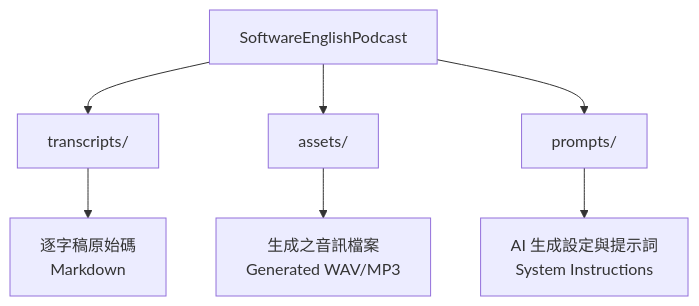
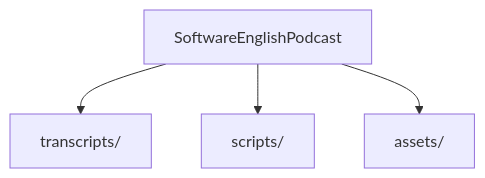
The diagram in README.md (CloudyWing/software-english-podcast), drawn with Mermaid before and after one commit. The commit also changed other lines of this file and 126 other files, not shown here.

````diff
--- a/README.md
+++ b/README.md
@@ -11,10 +31,6 @@
 ```mermaid
 graph TD
     Root[SoftwareEnglishPodcast] --> Transcripts[transcripts/]
+    Root --> Scripts[scripts/]
     Root --> Assets[assets/]
-    Root --> Prompts[prompts/]
-    
-    Transcripts --> T_Desc[逐字稿原始碼 <br> Markdown]
-    Assets --> A_Desc[生成之音訊檔案 <br> Generated WAV/MP3]
-    Prompts --> P_Desc[AI 生成設定與提示詞 <br> System Instructions]
 ```
````
